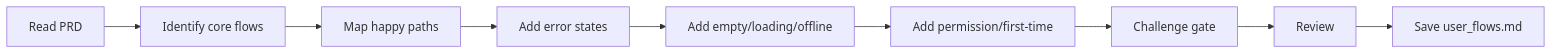
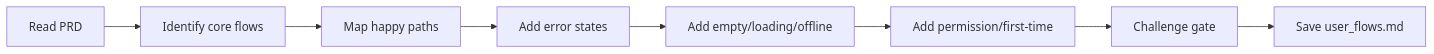
Before and after one commit to ai-driven-dev/framework: the diagram in skills/ux-flow-map/SKILL.md, drawn with Mermaid. The commit also changed other lines of this file and 32 other files, not shown here.

First line of the commit message:
refactor: simplify agents, enforce template adherence, align flows with courses

````diff
--- a/skills/ux-flow-map/SKILL.md
+++ b/skills/ux-flow-map/SKILL.md
@@ -35,4 +39,4 @@
 ```mermaid
 flowchart LR
-    A[Read PRD] --> B[Identify core flows] --> C[Map happy paths] --> D[Add error states] --> E[Add empty/loading/offline] --> F[Add permission/first-time] --> G[Challenge gate] --> H[Review] --> I[Save user_flows.md]
+    A[Read PRD] --> B[Identify core flows] --> C[Map happy paths] --> D[Add error states] --> E[Add empty/loading/offline] --> F[Add permission/first-time] --> G[Challenge gate] --> H[Save user_flows.md]
 ```
````
